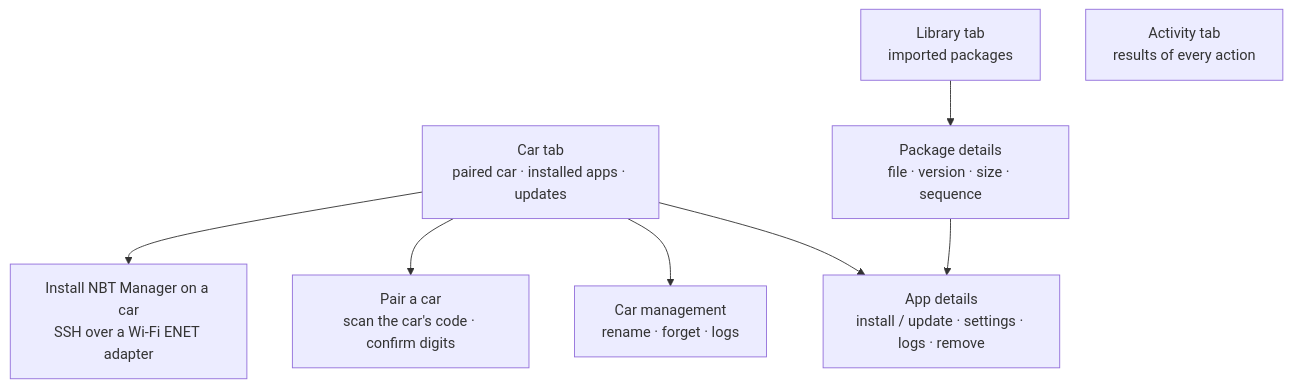
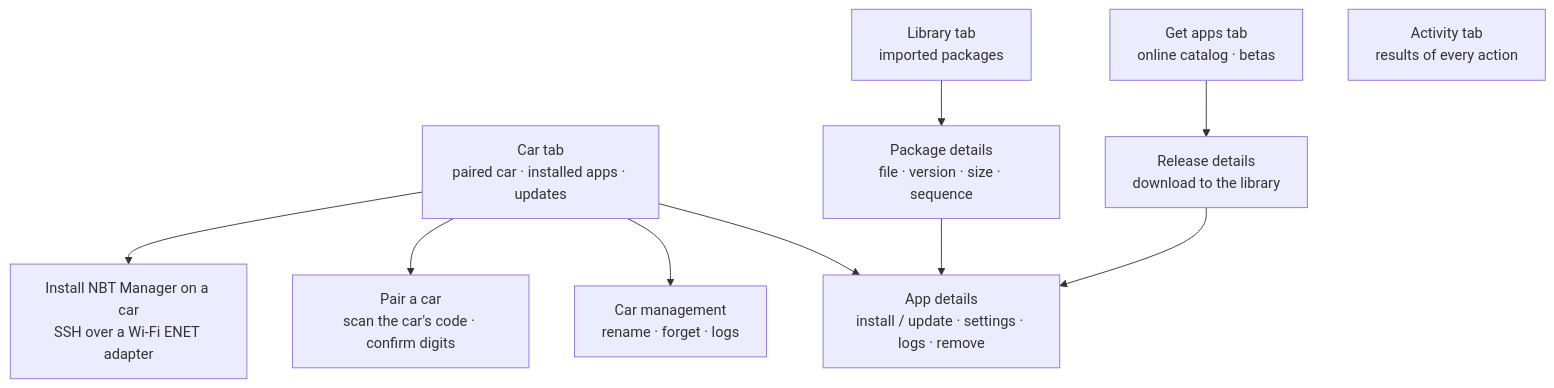
Before and after one commit to NBTFoundry/mobile-app: the diagram in docs/ui.md, drawn with Mermaid. The commit also changed other lines of this file and 22 other files, not shown here.

First line of the commit message:
Get apps: download signed releases from the online catalog

````diff
--- a/docs/ui.md
+++ b/docs/ui.md
@@ -10,10 +10,12 @@
 ```mermaid
 flowchart TD
   CAR["Car tab<br/>paired car · installed apps · updates"] --> APP["App details<br/>install / update · settings · logs · remove"]
   CAR --> MANAGE["Car management<br/>rename · forget · logs"]
   CAR --> PAIR["Pair a car<br/>scan the car's code · confirm digits"]
   CAR --> INSTALLER["Install NBT Manager on a car<br/>SSH over a Wi-Fi ENET adapter"]
+  STORE["Get apps tab<br/>online catalog · betas"] --> REL["Release details<br/>download to the library"]
+  REL --> APP
   LIB["Library tab<br/>imported packages"] --> PKG["Package details<br/>file · version · size · sequence"]
   PKG --> APP
   ACT["Activity tab<br/>results of every action"]
 ```
````
